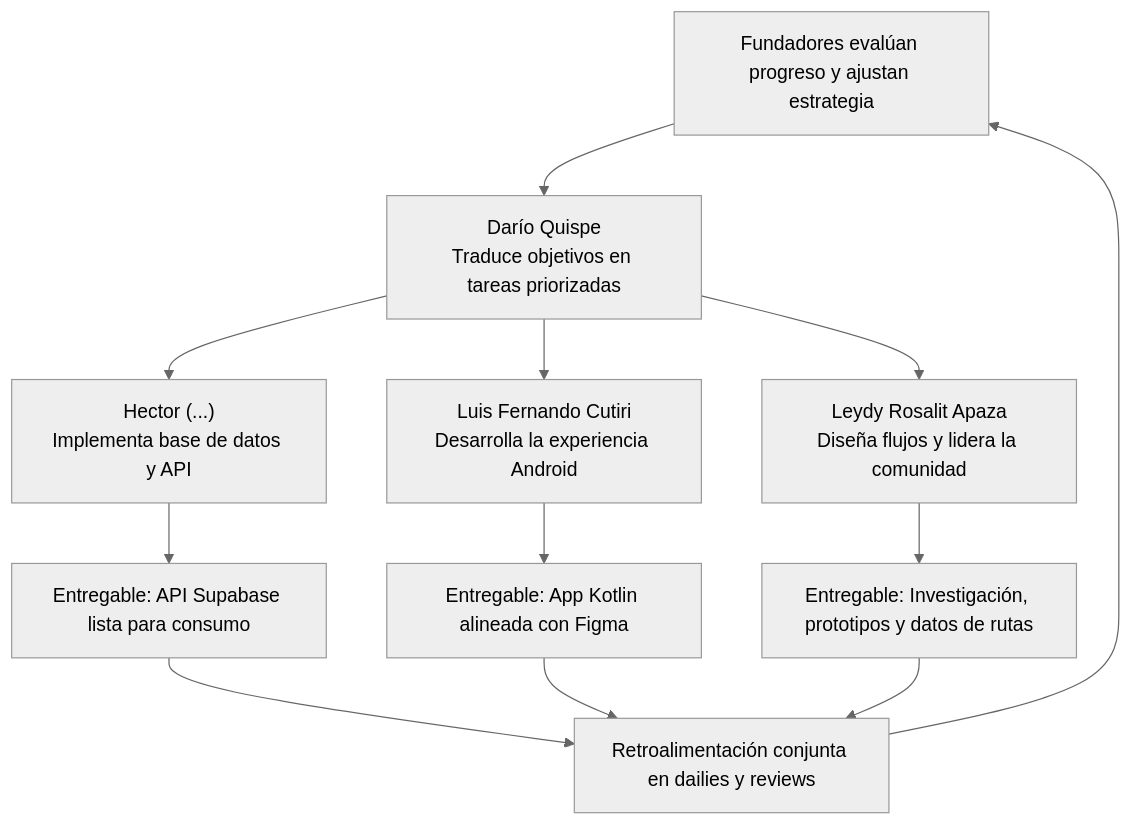
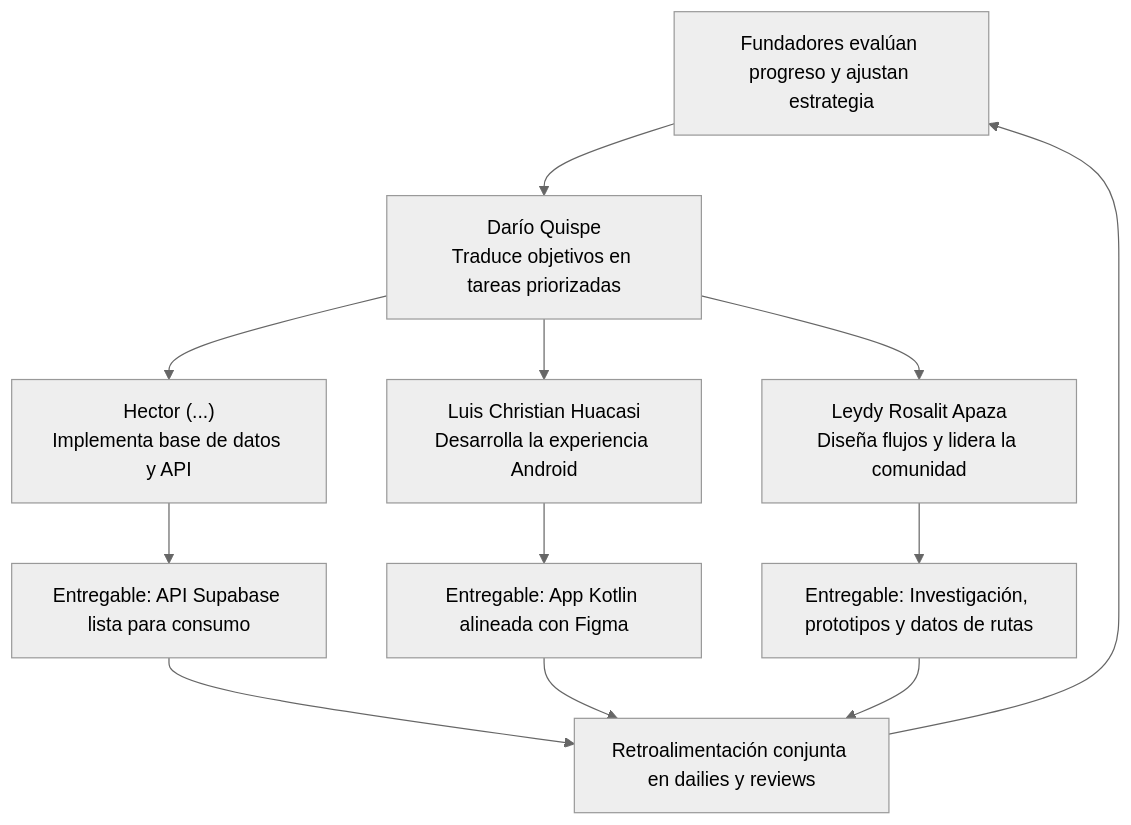
Before and after one commit to ResiliopeDAN/Diagramas-Flujos-Ruta-K-ancha: the third of 3 diagrams in DiagramaProyecto.md, drawn with Mermaid (neutral theme). The commit also changed other lines of this file, not shown here.

````diff
--- a/DiagramaProyecto.md
+++ b/DiagramaProyecto.md
@@ -33,17 +33,17 @@
 ```mermaid
 flowchart TD
     N0_Equipo["Equipo K'ancha<br/>Aprueba objetivos clave (Expotech, MVP)"] --> N1_Dario["Darío Quispe<br/>Traduce objetivos en tareas priorizadas"]
     N1_Dario --> N2_Hector["Hector (...)<br/>Implementa base de datos y API"]
-    N1_Dario --> N2_Luis["Luis Fernando Cutiri<br/>Desarrolla la experiencia Android"]
+    N1_Dario --> N2_Luis["Luis Christian Huacasi<br/>Desarrolla la experiencia Android"]
     N1_Dario --> N2_Leydy["Leydy Rosalit Apaza<br/>Diseña flujos y lidera la comunidad"]
 
     N2_Hector --> entregables_backend["Entregable: API Supabase lista para consumo"]
     N2_Luis --> entregables_frontend["Entregable: App Kotlin alineada con Figma"]
     N2_Leydy --> entregables_diseno["Entregable: Investigación, prototipos y datos de rutas"]
 
     entregables_backend --> retro_equipo["Retroalimentación conjunta en dailies y reviews"]
     entregables_frontend --> retro_equipo
     entregables_diseno --> retro_equipo
 
     retro_equipo --> N0_Equipo["Fundadores evalúan progreso y ajustan estrategia"]
 ```
````
